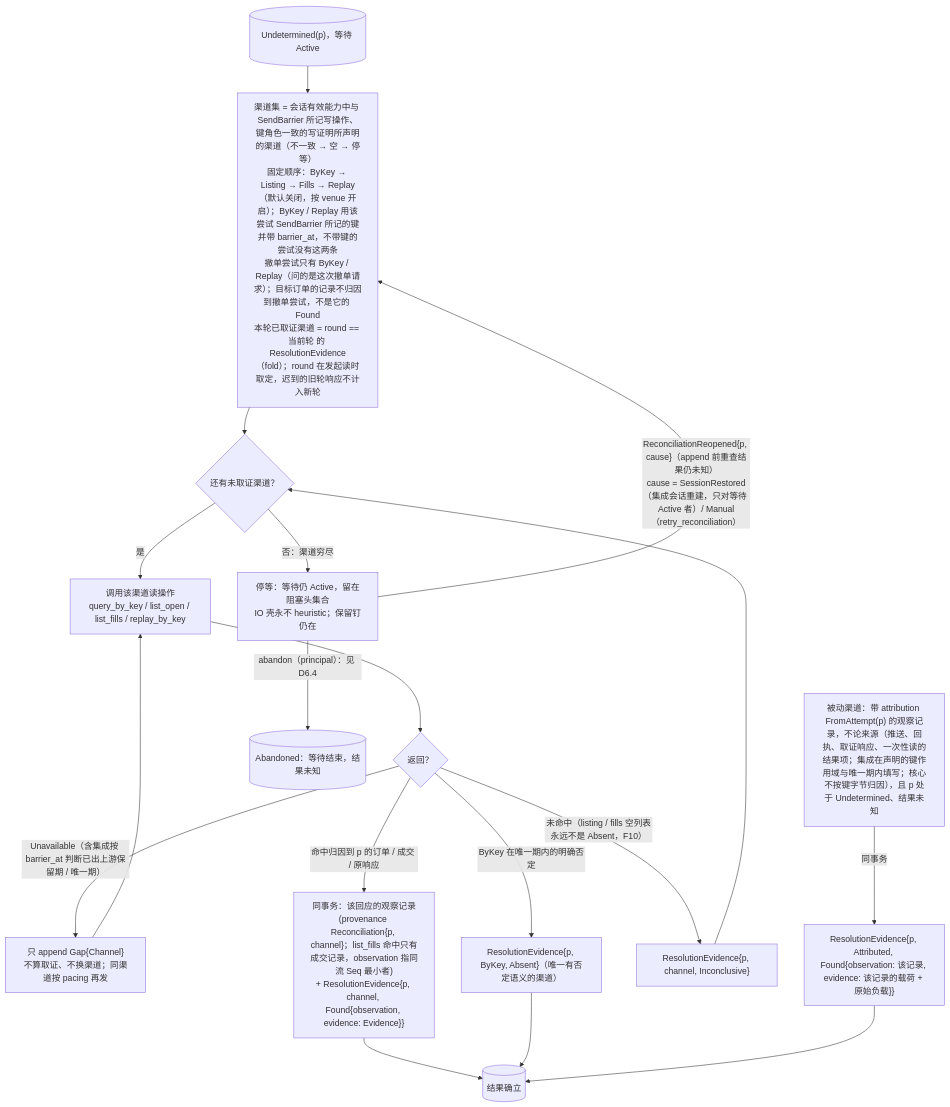
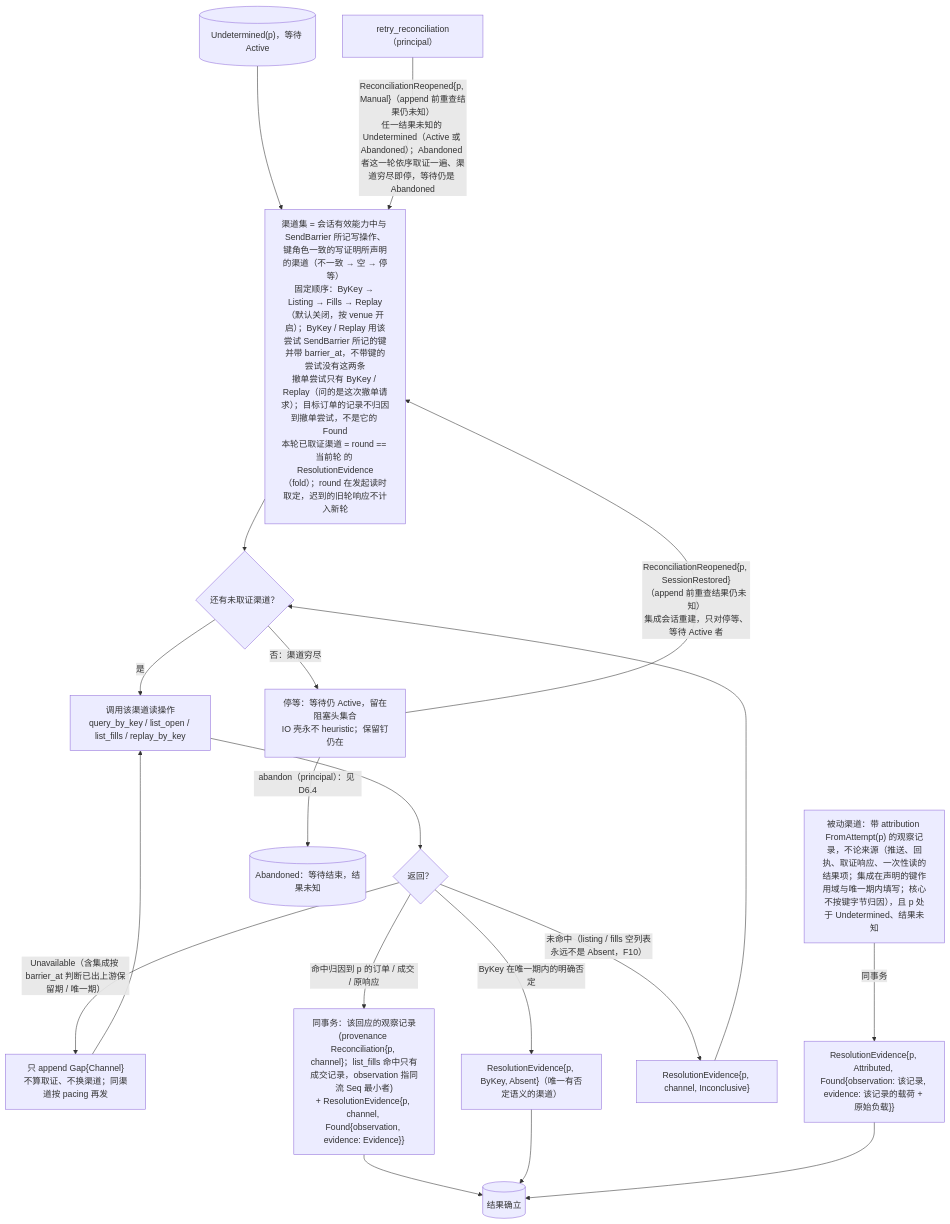
Before and after one commit to mouriya-s-lab/uta: the second of 7 diagrams in design/diagrams/06-io-shell-attempt.md, drawn with Mermaid. The commit also changed other lines of this file and 10 other files, not shown here.

````diff
--- a/design/diagrams/06-io-shell-attempt.md
+++ b/design/diagrams/06-io-shell-attempt.md
@@ -58,21 +58,22 @@
 ```mermaid
 flowchart TB
   UD[("Undetermined(p)，等待 Active")]
   UD --> CH0["渠道集 = 会话有效能力中与 SendBarrier 所记写操作、键角色一致的写证明所声明的渠道（不一致 → 空 → 停等）<br/>固定顺序：ByKey → Listing → Fills → Replay（默认关闭，按 venue 开启）；ByKey / Replay 用该尝试 SendBarrier 所记的键并带 barrier_at，不带键的尝试没有这两条<br/>撤单尝试只有 ByKey / Replay（问的是这次撤单请求）；目标订单的记录不归因到撤单尝试，不是它的 Found<br/>本轮已取证渠道 = round == 当前轮 的 ResolutionEvidence（fold）；round 在发起读时取定，迟到的旧轮响应不计入新轮"]
   CH0 --> NEXT{"还有未取证渠道？"}
   NEXT -->|"是"| CALL["调用该渠道读操作<br/>query_by_key / list_open / list_fills / replay_by_key"]
   CALL --> RES{"返回？"}
   RES -->|"Unavailable（含集成按 barrier_at 判断已出上游保留期 / 唯一期）"| GAP["只 append Gap{Channel}<br/>不算取证、不换渠道；同渠道按 pacing 再发"]
   GAP --> CALL
   RES -->|"命中归因到 p 的订单 / 成交 / 原响应"| FOUND["同事务：该回应的观察记录(provenance Reconciliation{p, channel}；list_fills 命中只有成交记录，observation 指同流 Seq 最小者)<br/>+ ResolutionEvidence{p, channel, Found{observation, evidence: Evidence}}"]
   RES -->|"ByKey 在唯一期内的明确否定"| ABS["ResolutionEvidence{p, ByKey, Absent}（唯一有否定语义的渠道）"]
   RES -->|"未命中（listing / fills 空列表永远不是 Absent，F10）"| INC["ResolutionEvidence{p, channel, Inconclusive}"]
   INC --> NEXT
   NEXT -->|"否：渠道穷尽"| WAIT["停等：等待仍 Active，留在阻塞头集合<br/>IO 壳永不 heuristic；保留钉仍在"]
-  WAIT -->|"ReconciliationReopened{p, cause}（append 前重查结果仍未知）<br/>cause = SessionRestored（集成会话重建，只对等待 Active 者）/ Manual（retry_reconciliation）"| CH0
+  WAIT -->|"ReconciliationReopened{p, SessionRestored}（append 前重查结果仍未知）<br/>集成会话重建，只对停等、等待 Active 者"| CH0
+  MAN["retry_reconciliation（principal）"] -->|"ReconciliationReopened{p, Manual}（append 前重查结果仍未知）<br/>任一结果未知的 Undetermined（Active 或 Abandoned）；Abandoned 者这一轮依序取证一遍、渠道穷尽即停，等待仍是 Abandoned"| CH0
   WAIT -->|"abandon（principal）：见 D6.4"| AB[("Abandoned：等待结束，结果未知")]
   ATTR["被动渠道：带 attribution FromAttempt(p) 的观察记录，不论来源（推送、回执、取证响应、一次性读的结果项；集成在声明的键作用域与唯一期内填写；核心不按键字节归因），且 p 处于 Undetermined、结果未知"] -->|"同事务"| ATT["ResolutionEvidence{p, Attributed, Found{observation: 该记录, evidence: 该记录的载荷 + 原始负载}}"]
   FOUND --> RS[("结果确立")]
   ABS --> RS
   ATT --> RS
 ```
````
